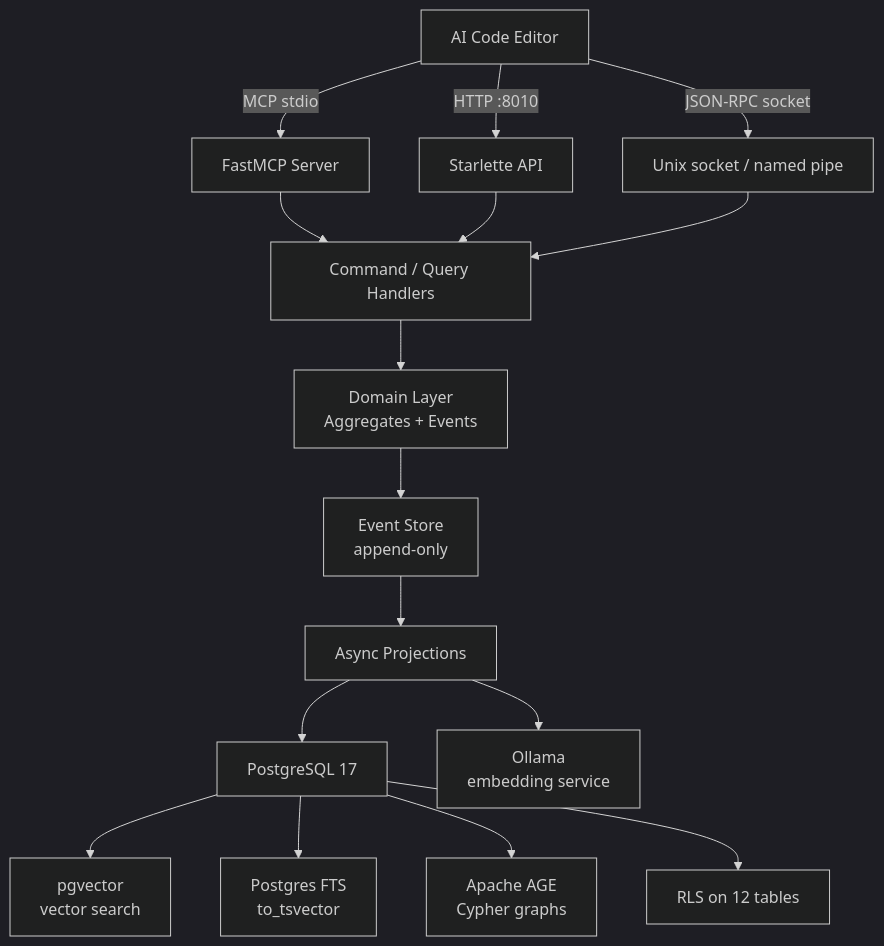
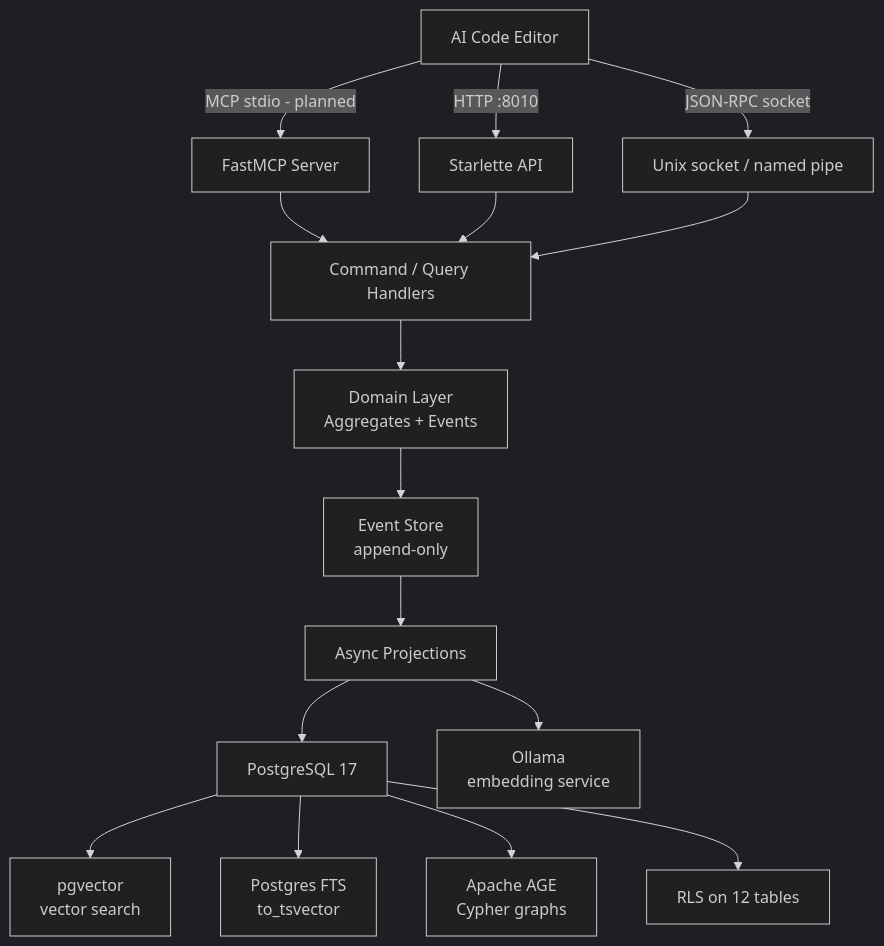
Before and after one commit to moliver28/corpus-kb: the first of 2 diagrams in README.md, drawn with Mermaid (dark theme). The commit also changed other lines of this file and 84 other files, not shown here.

````diff
--- a/README.md
+++ b/README.md
@@ -24,18 +25,18 @@
 ```mermaid
 graph TB
-    Editor[AI Code Editor] -->|MCP stdio| MCP[FastMCP Server]
+    Editor[AI Code Editor] -->|"MCP stdio - planned"| MCP[FastMCP Server]
     Editor -->|HTTP :8010| HTTP[Starlette API]
     Editor -->|JSON-RPC socket| Socket[Unix socket / named pipe]
     MCP --> Handlers[Command / Query Handlers]
     HTTP --> Handlers
     Socket --> Handlers
     Handlers --> Domain[Domain Layer<br/>Aggregates + Events]
     Domain --> ES[Event Store<br/>append-only]
     ES --> Projections[Async Projections]
     Projections --> PG[PostgreSQL 17]
     PG --> VEC[pgvector<br/>vector search]
     PG --> FTS[Postgres FTS<br/>to_tsvector]
     PG --> AGE[Apache AGE<br/>Cypher graphs]
     PG --> RLS[RLS on 12 tables]
     Projections --> Ollama[Ollama<br/>embedding service]
 ```
````
